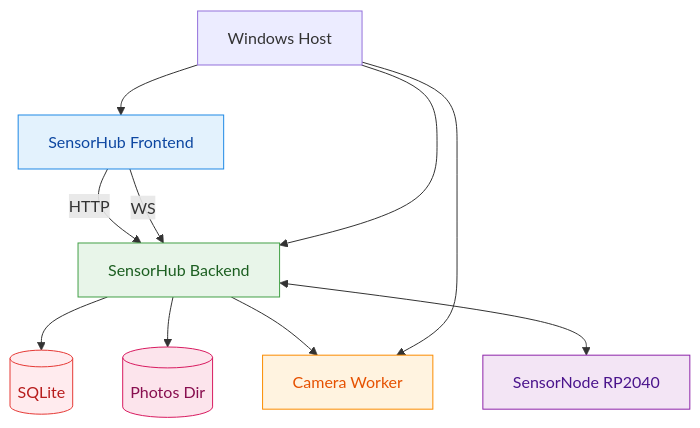
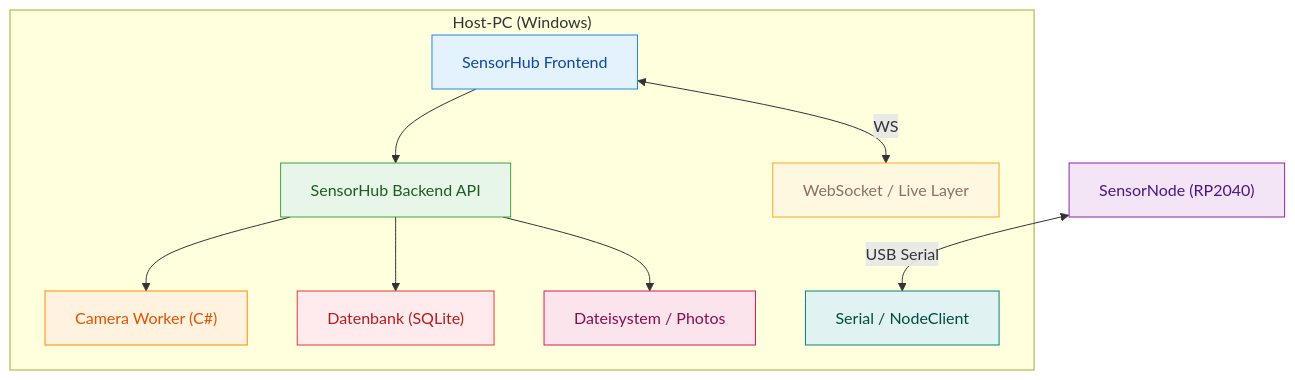
One commit to nilu-s/Hydroponik_Observer changed the third of 3 diagrams in docs/architecture.md. Above: the diagram before and after it, drawn with Mermaid. The commit also changed other lines of this file and 18 other files, not shown here.

````diff
--- a/docs/architecture.md
+++ b/docs/architecture.md
@@ -111,27 +128,47 @@
 ```mermaid
 flowchart TB
-  Host[Windows Host]
-  Backend[SensorHub Backend]
-  Frontend[SensorHub Frontend]
-  Worker[Camera Worker]
-  DB[(SQLite)]
-  Photos[(Photos Dir)]
-  Node[SensorNode RP2040]
+    HostMachine["Host-PC (Windows)"]
+    Frontend["SensorHub Frontend"]
+    BackendAPI["SensorHub Backend API"]
+    LiveLayer["WebSocket / Live Layer"]
+    CameraWorker["Camera Worker (C#)"]
+    Database["Datenbank (SQLite)"]
+    PhotoFS["Dateisystem / Photos"]
+    SerialNodeClient["Serial / NodeClient"]
+    SensorNode["SensorNode (RP2040)"]
 
-  Frontend -->|HTTP| Backend
-  Frontend -->|WS| Backend
-  Backend --> DB
-  Backend --> Photos
-  Backend --> Worker
-  Backend <--> Node
-  Host --> Backend
-  Host --> Frontend
-  Host --> Worker
+    subgraph HostMachine["Host-PC (Windows)"]
+        Frontend
+        BackendAPI
+        LiveLayer
+        CameraWorker
+        Database
+        PhotoFS
+        SerialNodeClient
+    end
 
-  style Frontend fill:#E3F2FD,stroke:#1E88E5,color:#0D47A1
-  style Backend fill:#E8F5E9,stroke:#43A047,color:#1B5E20
-  style Worker fill:#FFF3E0,stroke:#FB8C00,color:#E65100
-  style DB fill:#FFEBEE,stroke:#E53935,color:#B71C1C
-  style Photos fill:#FCE4EC,stroke:#D81B60,color:#880E4F
-  style Node fill:#F3E5F5,stroke:#8E24AA,color:#4A148C
+    SensorNode <-->|USB Serial| SerialNodeClient
+    Frontend --> BackendAPI
+    Frontend <-->|WS| LiveLayer
+    BackendAPI --> Database
+    BackendAPI --> PhotoFS
+    BackendAPI --> CameraWorker
+
+    classDef frontend fill:#E3F2FD,stroke:#1E88E5,color:#0D47A1;
+    classDef backend fill:#E8F5E9,stroke:#43A047,color:#1B5E20;
+    classDef live fill:#FFF8E1,stroke:#F9A825,color:#8D6E63;
+    classDef serial fill:#E0F2F1,stroke:#00897B,color:#004D40;
+    classDef node fill:#F3E5F5,stroke:#8E24AA,color:#4A148C;
+    classDef worker fill:#FFF3E0,stroke:#FB8C00,color:#E65100;
+    classDef db fill:#FFEBEE,stroke:#E53935,color:#B71C1C;
+    classDef photos fill:#FCE4EC,stroke:#D81B60,color:#880E4F;
+
+    class Frontend frontend;
+    class BackendAPI backend;
+    class LiveLayer live;
+    class SerialNodeClient serial;
+    class SensorNode node;
+    class CameraWorker worker;
+    class Database db;
+    class PhotoFS photos;
 ```
````
